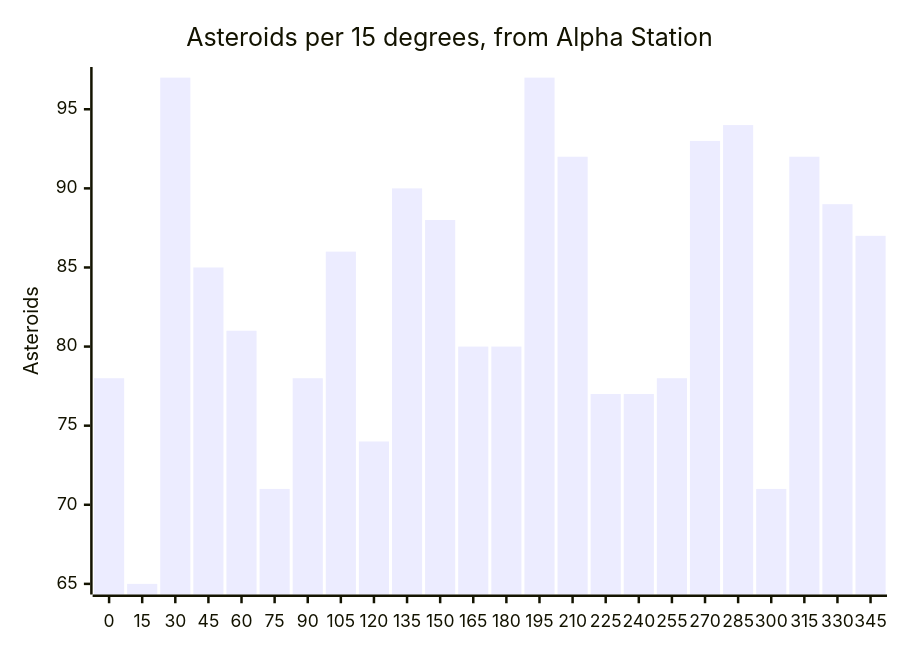
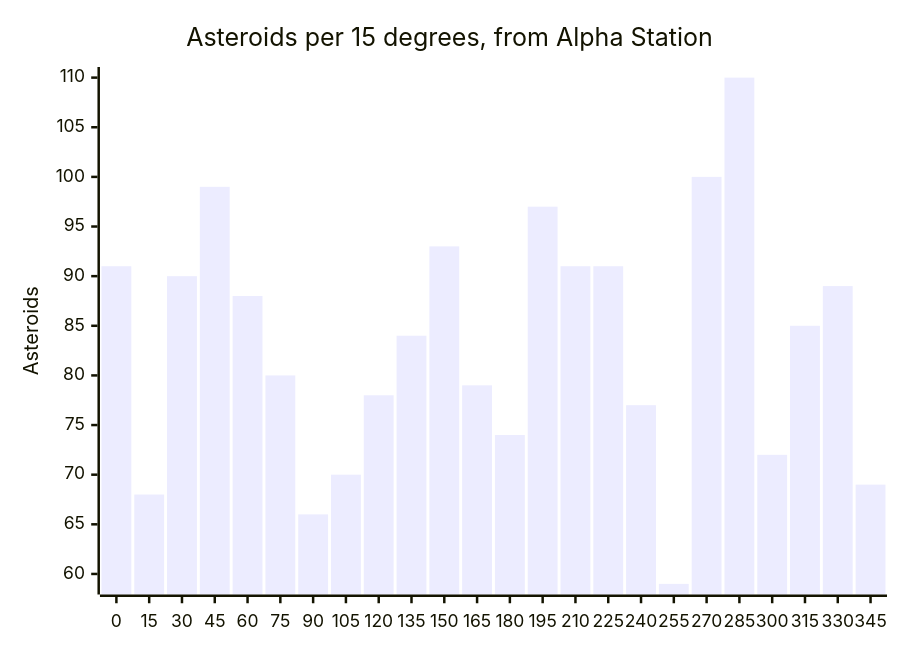
The fourth of 4 diagrams in octahedron/ORES.md (CometWorks/worlds), drawn with Mermaid before and after one commit. The commit also changed other lines of this file and 2004 other files, not shown here.

````diff
--- a/octahedron/ORES.md
+++ b/octahedron/ORES.md
@@ -135,7 +135,7 @@
 ```mermaid
 xychart-beta
     title "Asteroids per 15 degrees, from Alpha Station"
     x-axis ["0", "15", "30", "45", "60", "75", "90", "105", "120", "135", "150", "165", "180", "195", "210", "225", "240", "255", "270", "285", "300", "315", "330", "345"]
     y-axis "Asteroids"
-    bar [78, 65, 97, 85, 81, 71, 78, 86, 74, 90, 88, 80, 80, 97, 92, 77, 77, 78, 93, 94, 71, 92, 89, 87]
+    bar [91, 68, 90, 99, 88, 80, 66, 70, 78, 84, 93, 79, 74, 97, 91, 91, 77, 59, 100, 110, 72, 85, 89, 69]
 ```
````
